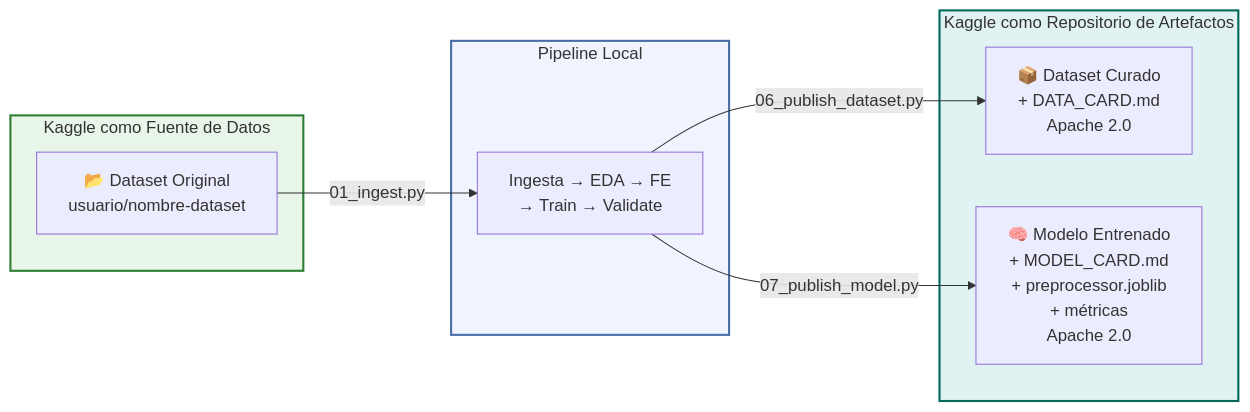
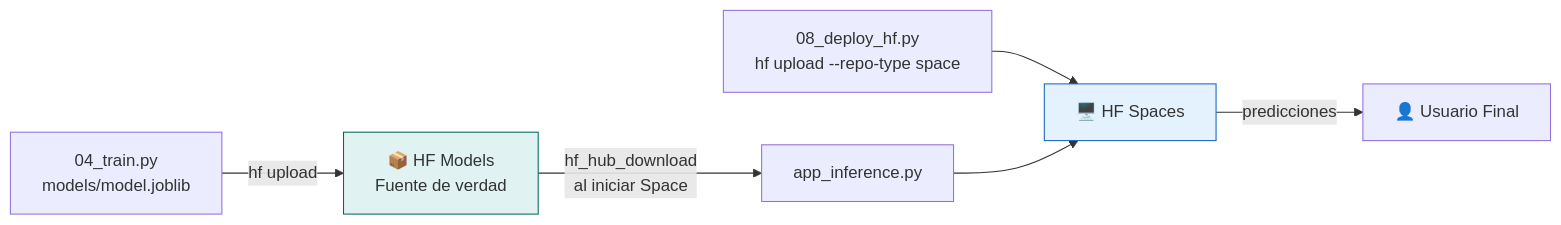
The third of 4 diagrams in ARQUITECTURA.md (gusdelact/kiropowerdatascienceassistant), drawn with Mermaid before and after one commit. The commit also changed other lines of this file and 3 other files, not shown here.

````diff
--- a/ARQUITECTURA.md
+++ b/ARQUITECTURA.md
@@ -216,23 +149,11 @@
 ```mermaid
 flowchart LR
-    subgraph ENTRADA["Kaggle como Fuente de Datos"]
-        DS_ORIG["📂 Dataset Original\nusuario/nombre-dataset"]
-    end
+    A["04_train.py\nmodels/model.joblib"] -->|"hf upload"| B["📦 HF Models\nFuente de verdad"]
+    B -->|"hf_hub_download\nal iniciar Space"| C["app_inference.py"]
+    D["08_deploy_hf.py\nhf upload --repo-type space"] --> E["🖥️ HF Spaces"]
+    C --> E
+    E -->|"predicciones"| F["👤 Usuario Final"]
 
-    subgraph PIPELINE["Pipeline Local"]
-        P["Ingesta → EDA → FE\n→ Train → Validate"]
-    end
-
-    subgraph SALIDA["Kaggle como Repositorio de Artefactos"]
-        DS_CUR["📦 Dataset Curado\n+ DATA_CARD.md\nApache 2.0"]
-        MOD["🧠 Modelo Entrenado\n+ MODEL_CARD.md\n+ preprocessor.joblib\n+ métricas\nApache 2.0"]
-    end
-
-    DS_ORIG -->|"01_ingest.py"| P
-    P -->|"06_publish_dataset.py"| DS_CUR
-    P -->|"07_publish_model.py"| MOD
-
-    style ENTRADA fill:#e8f5e9,stroke:#2e7d32,stroke-width:2px
-    style PIPELINE fill:#f0f4ff,stroke:#4a6fa5,stroke-width:2px
-    style SALIDA fill:#e0f2f1,stroke:#00695c,stroke-width:2px
+    style B fill:#e0f2f1,stroke:#00695c
+    style E fill:#e3f2fd,stroke:#1565c0
 ```
````
